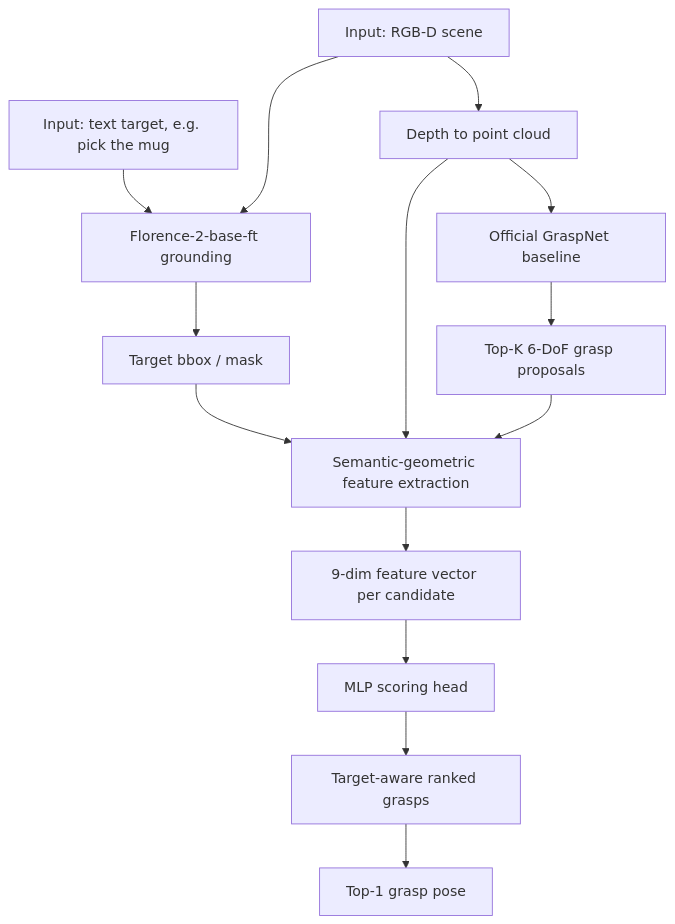
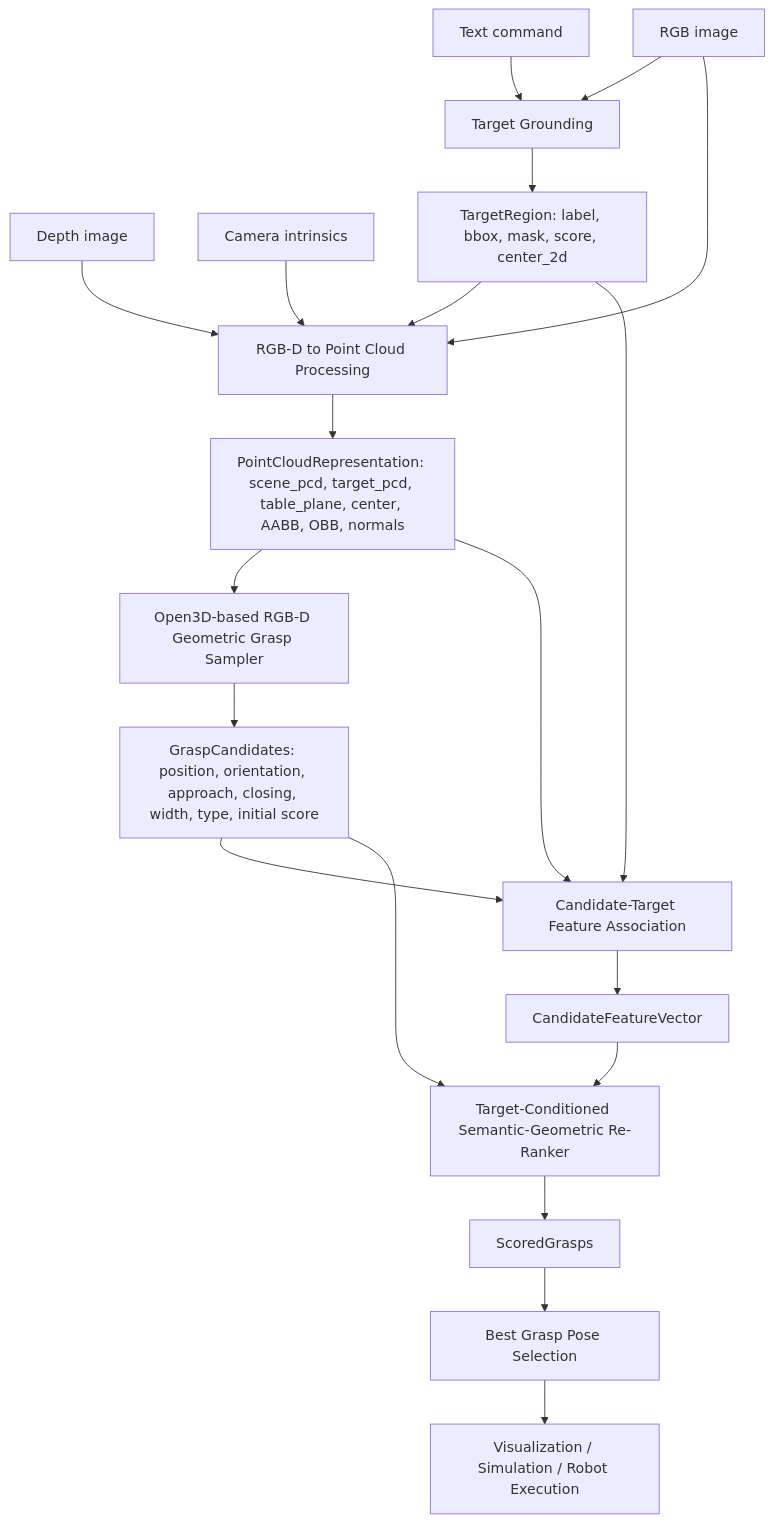
The diagram in README.md (langchengg/VLMGraspPose), drawn with Mermaid before and after one commit. The commit also changed other lines of this file and 25 other files, not shown here.

````diff
--- a/README.md
+++ b/README.md
@@ -23,16 +29,22 @@
 ```mermaid
 flowchart TD
-    A["Input: RGB-D scene"] --> B["Depth to point cloud"]
-    C["Input: text target, e.g. pick the mug"] --> D["Florence-2-base-ft grounding"]
-    A --> D
-    D --> E["Target bbox / mask"]
-    B --> F["Official GraspNet baseline"]
-    F --> G["Top-K 6-DoF grasp proposals"]
-    E --> H["Semantic-geometric feature extraction"]
-    B --> H
-    G --> H
-    H --> I["9-dim feature vector per candidate"]
-    I --> J["MLP scoring head"]
-    J --> K["Target-aware ranked grasps"]
-    K --> L["Top-1 grasp pose"]
+    A["Text command"] --> B["Target Grounding"]
+    C["RGB image"] --> B
+    C --> D["RGB-D to Point Cloud Processing"]
+    E["Depth image"] --> D
+    F["Camera intrinsics"] --> D
+    B --> G["TargetRegion: label, bbox, mask, score, center_2d"]
+    G --> D
+    D --> H["PointCloudRepresentation: scene_pcd, target_pcd, table_plane, center, AABB, OBB, normals"]
+    H --> I["Open3D-based RGB-D Geometric Grasp Sampler"]
+    I --> J["GraspCandidates: position, orientation, approach, closing, width, type, initial score"]
+    J --> K["Candidate-Target Feature Association"]
+    G --> K
+    H --> K
+    K --> L["CandidateFeatureVector"]
+    L --> M["Target-Conditioned Semantic-Geometric Re-Ranker"]
+    J --> M
+    M --> N["ScoredGrasps"]
+    N --> O["Best Grasp Pose Selection"]
+    O --> P["Visualization / Simulation / Robot Execution"]
 ```
````
